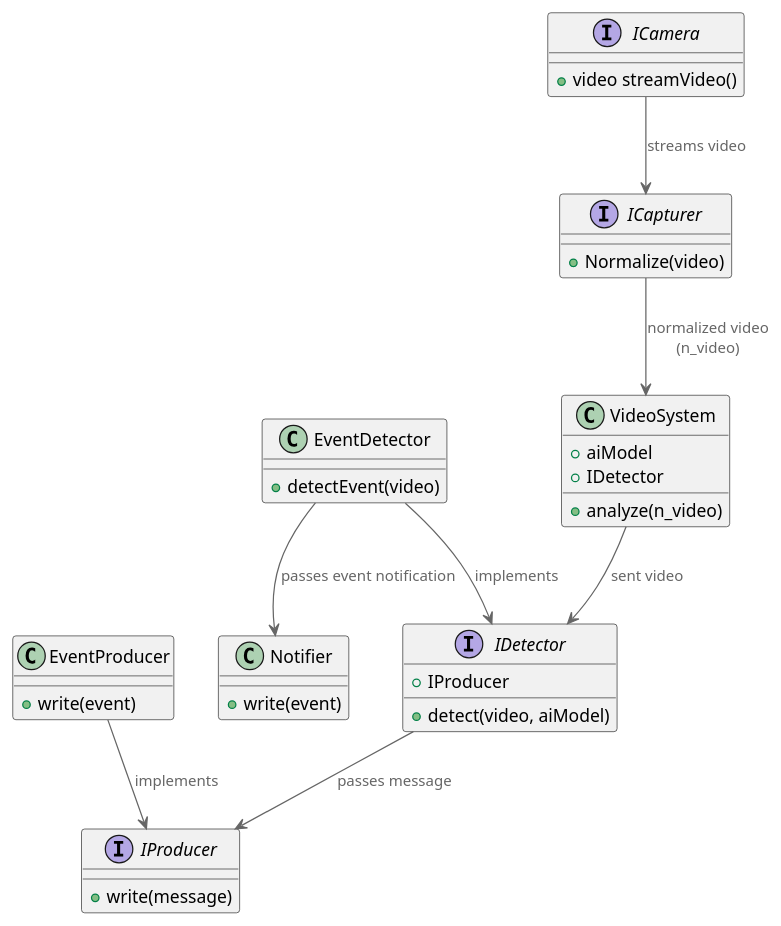
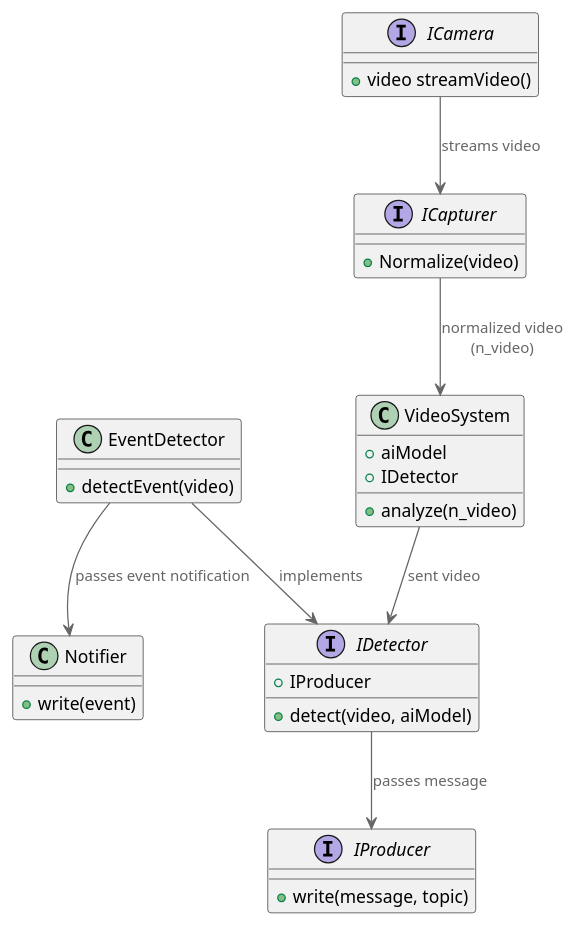
The diagram in Task3/ATCK_C4_Code_AI_Video.puml (mirray/MSA-AgroTech), drawn with PlantUML before and after one commit. The commit also changed 3 other files, not shown here.

```diff
--- a/Task3/ATCK_C4_Code_AI_Video.puml
+++ b/Task3/ATCK_C4_Code_AI_Video.puml
@@ -1,42 +1,40 @@
 @startuml Архитектура_АвтоТехноСвиноКомплекс_v1_Events_Video_Analysis_Code 
 !include <C4/C4_Component>
 class VideoSystem {
         + aiModel
         + IDetector
         + analyze(n_video)
     }
 interface ICamera {
         + video streamVideo()
     }
 interface ICapturer {
         + Normalize(video)
 }
 interface IDetector {
         + IProducer
         + detect(video, aiModel)
 }
 class EventDetector {
         + detectEvent(video)
     }
 
 interface IProducer {
-        + write(message)
+        + write(message, topic)
 }
-class EventProducer {
-        + write(event)
-    }
+
 
 class Notifier {
         + write(event)
     }
 
     ICamera --> ICapturer : streams video
     ICapturer --> VideoSystem : normalized video (n_video)
     VideoSystem --> IDetector : sent video
     IDetector --> IProducer : passes message
     EventDetector --> Notifier : passes event notification
 
     EventDetector --> IDetector : implements
-    EventProducer --> IProducer : implements
+
 
 @enduml
```
